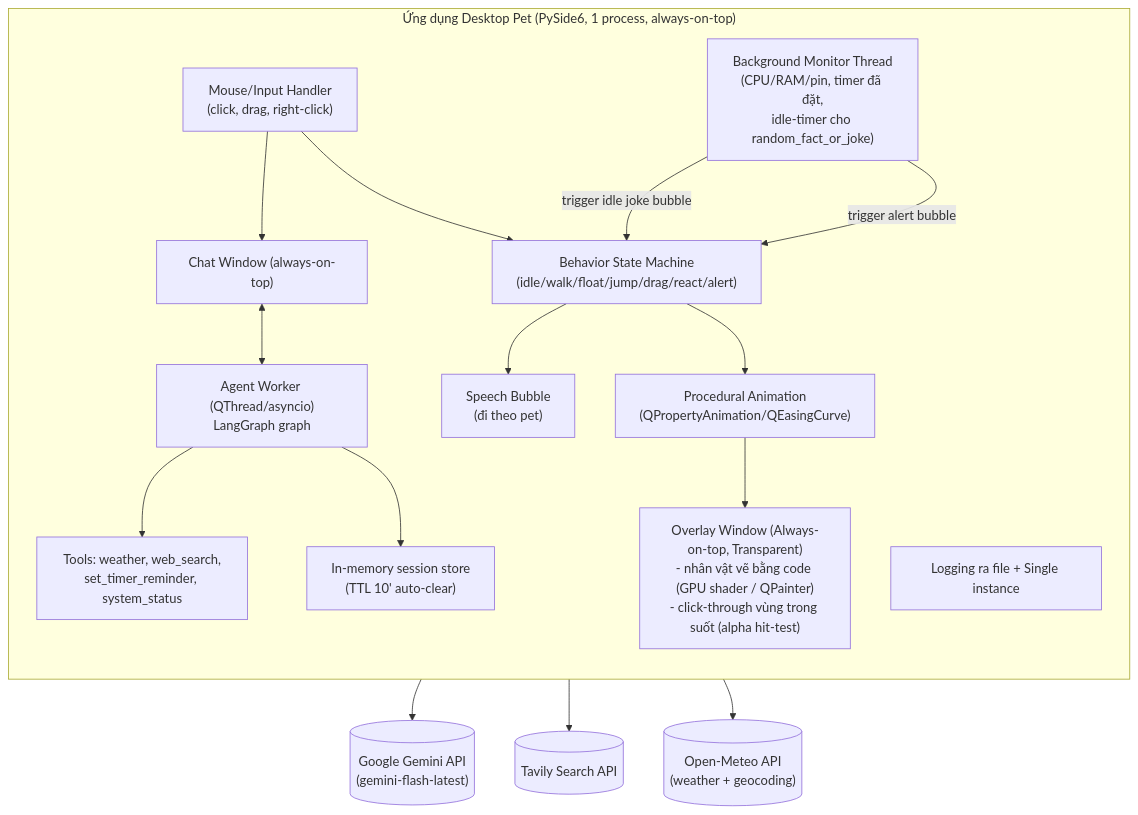
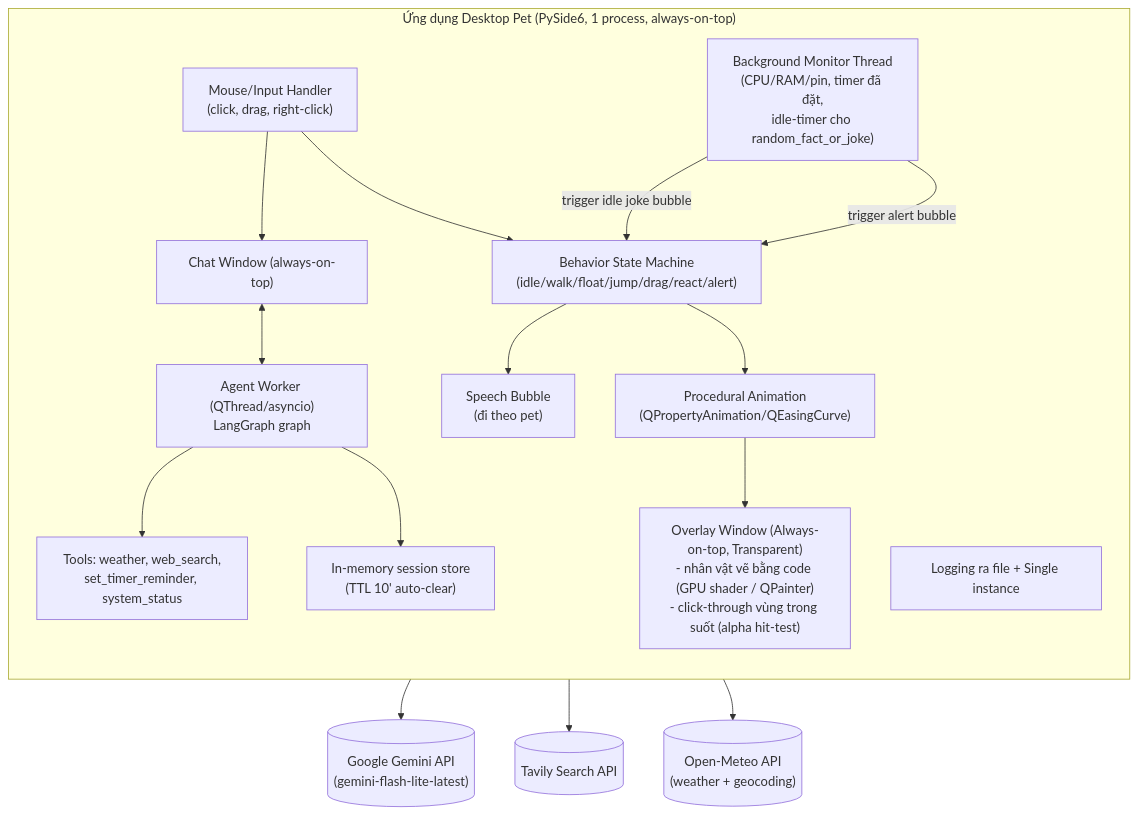
One commit to ArrayPowerPlay/lavenzure-pet changed the diagram in docs/CONTEXT.md. Above: the diagram before and after it, drawn with Mermaid. The commit also changed other lines of this file and 4 other files, not shown here.

Commit message:
docs: record the Flash-Lite switch, streaming and the UI-thread fix

````diff
--- a/docs/CONTEXT.md
+++ b/docs/CONTEXT.md
@@ -20,35 +20,35 @@
 ```mermaid
 flowchart TB
     subgraph App["Ứng dụng Desktop Pet (PySide6, 1 process, always-on-top)"]
         direction TB
         OverlayWin["Overlay Window (Always-on-top, Transparent)<br/>- nhân vật vẽ bằng code (GPU shader / QPainter)<br/>- click-through vùng trong suốt (alpha hit-test)"]
         Behavior["Behavior State Machine<br/>(idle/walk/float/jump/drag/react/alert)"]
         Anim["Procedural Animation<br/>(QPropertyAnimation/QEasingCurve)"]
         Bubble["Speech Bubble<br/>(đi theo pet)"]
         Infra["Logging ra file + Single instance"]
         Mouse["Mouse/Input Handler<br/>(click, drag, right-click)"]
         ChatWin["Chat Window (always-on-top)"]
         AgentThread["Agent Worker (QThread/asyncio)<br/>LangGraph graph"]
         Memory["In-memory session store<br/>(TTL 10' auto-clear)"]
         Tools["Tools: weather, web_search,<br/>set_timer_reminder, system_status"]
         BgMonitor["Background Monitor Thread<br/>(CPU/RAM/pin, timer đã đặt,<br/>idle-timer cho random_fact_or_joke)"]
     end
 
-    Gemini[("Google Gemini API<br/>(gemini-flash-latest)")]
+    Gemini[("Google Gemini API<br/>(gemini-flash-lite-latest)")]
     Tavily[("Tavily Search API")]
     OpenMeteo[("Open-Meteo API<br/>(weather + geocoding)")]
 
     Mouse --> Behavior
     Mouse --> ChatWin
     Behavior --> Anim
     Anim --> OverlayWin
     ChatWin <--> AgentThread
     AgentThread --> Memory
     AgentThread --> Tools
     AgentThread --> Gemini
     Tools --> Tavily
     Tools --> OpenMeteo
     BgMonitor -->|"trigger alert bubble"| Behavior
     BgMonitor -->|"trigger idle joke bubble"| Behavior
     Behavior --> Bubble
 ```
````
